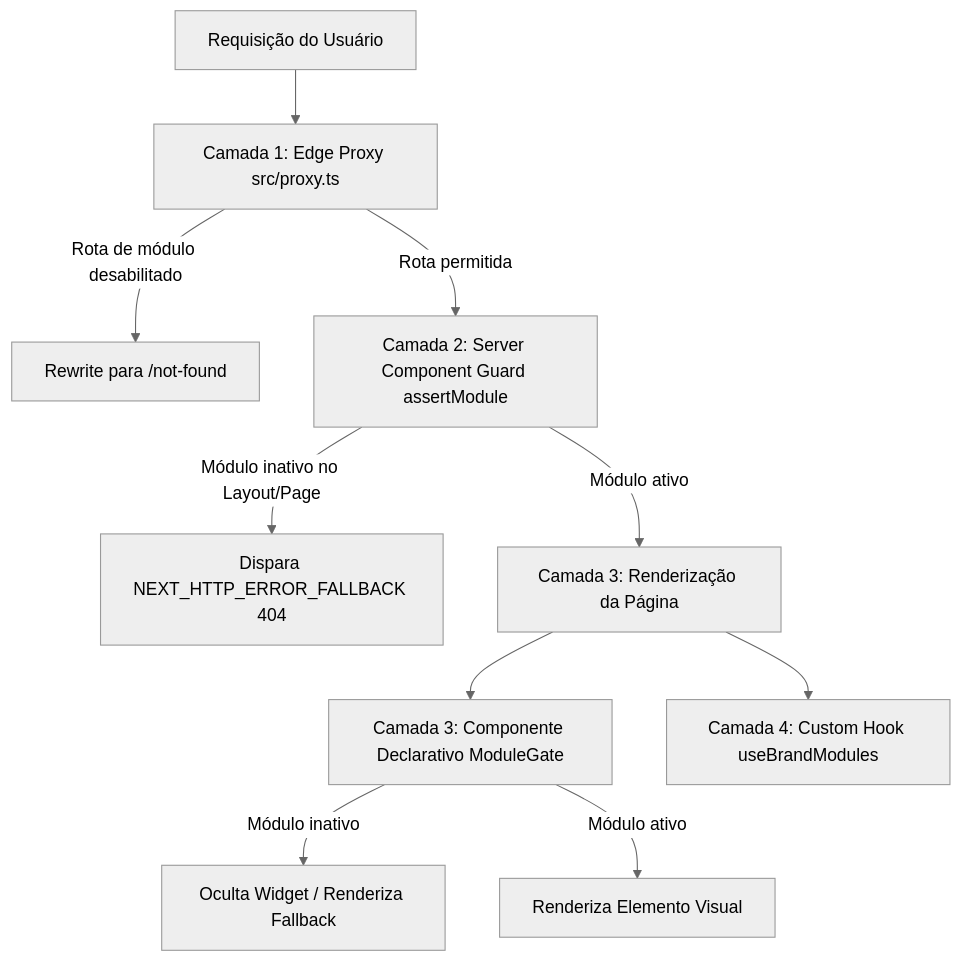
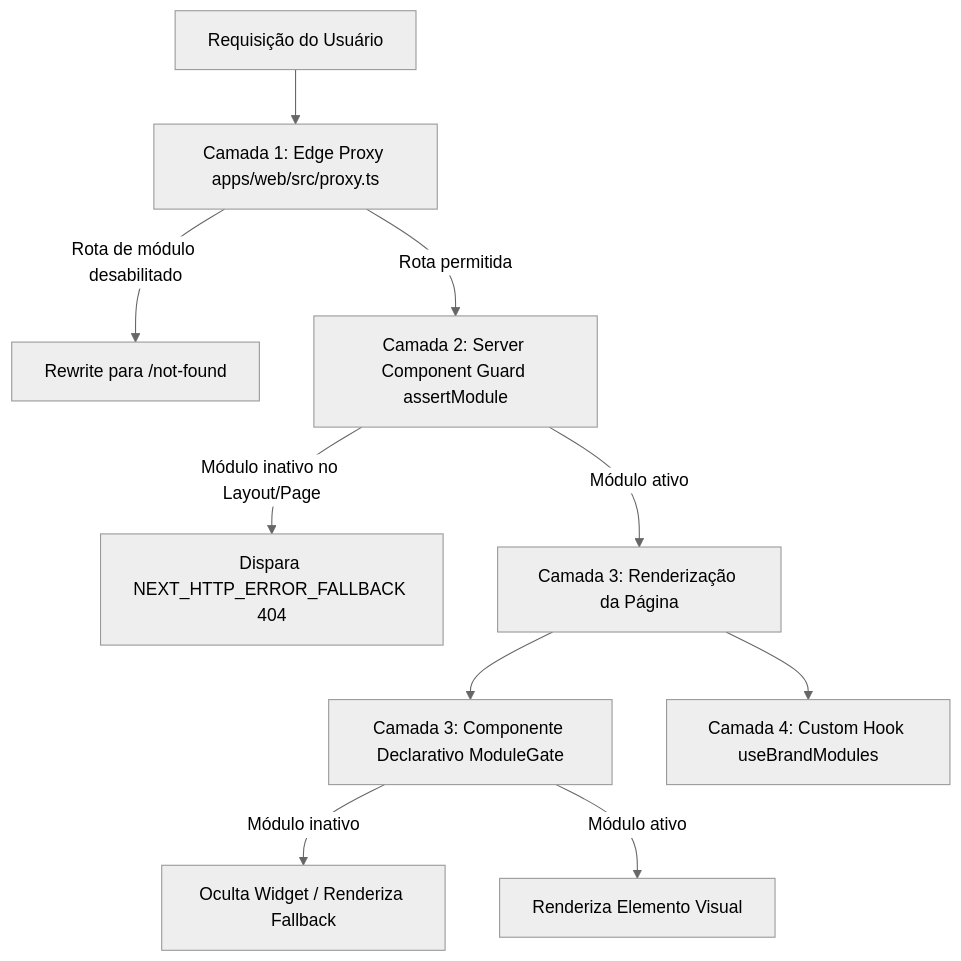
One commit to gui-bus/clubkey changed the diagram in docs/WHITE_LABEL.md. Above: the diagram before and after it, drawn with Mermaid (neutral theme). The commit also changed other lines of this file and 6 other files, not shown here.

Commit message:
docs(monorepo): update architecture and root readme for monorepo setup

````diff
--- a/docs/WHITE_LABEL.md
+++ b/docs/WHITE_LABEL.md
@@ -254,12 +254,12 @@
 ```mermaid
 flowchart TD
-    Req["Requisição do Usuário"] --> L1["Camada 1: Edge Proxy src/proxy.ts"]
+    Req["Requisição do Usuário"] --> L1["Camada 1: Edge Proxy apps/web/src/proxy.ts"]
     L1 -- "Rota de módulo desabilitado" --> 404A["Rewrite para /not-found"]
     L1 -- "Rota permitida" --> L2["Camada 2: Server Component Guard assertModule"]
     L2 -- "Módulo inativo no Layout/Page" --> 404B["Dispara NEXT_HTTP_ERROR_FALLBACK 404"]
     L2 -- "Módulo ativo" --> L3["Camada 3: Renderização da Página"]
     L3 --> L3A["Camada 3: Componente Declarativo ModuleGate"]
     L3 --> L4["Camada 4: Custom Hook useBrandModules"]
     L3A -- "Módulo inativo" --> Hide["Oculta Widget / Renderiza Fallback"]
     L3A -- "Módulo ativo" --> Render["Renderiza Elemento Visual"]
 ```
````
